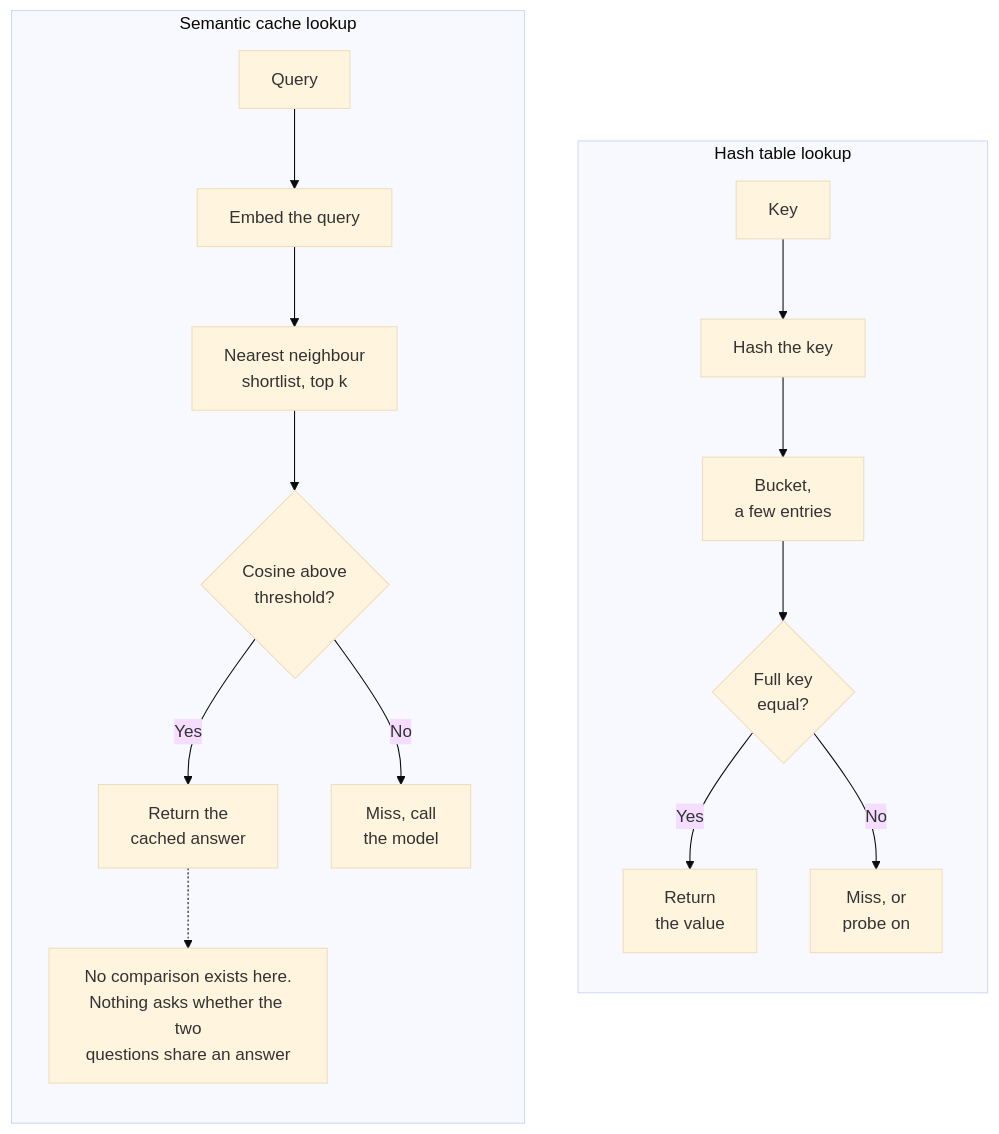
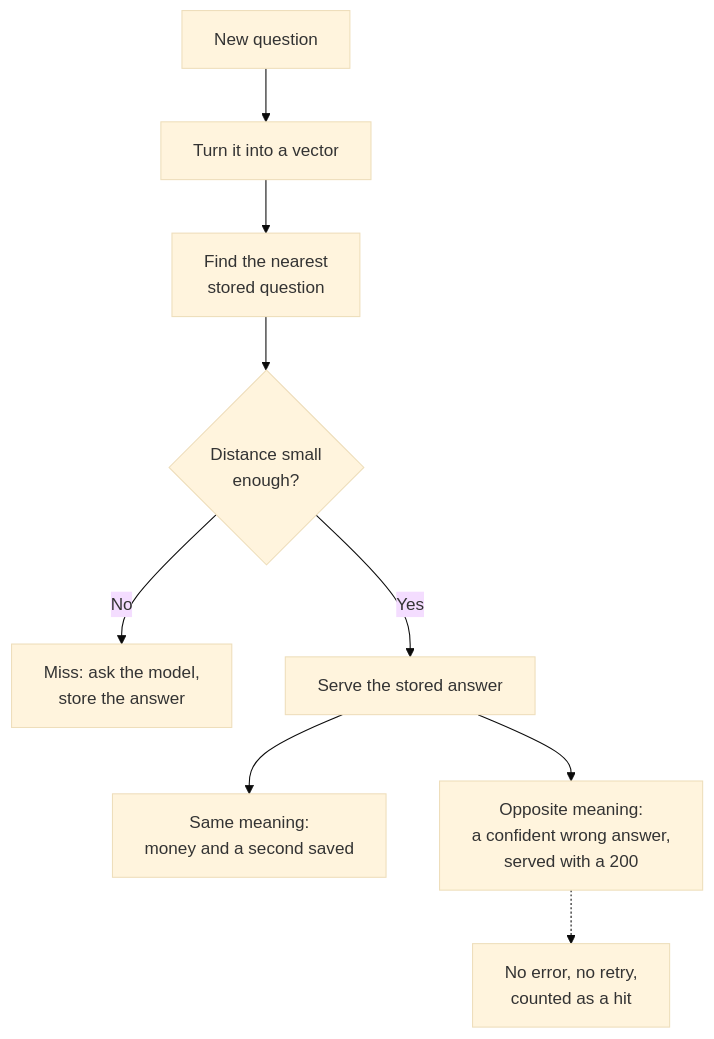
Before and after one commit to shivendrasoni/portfolio: the first of 2 diagrams in content/blog/semantic-cache-missing-equality-check.md, drawn with Mermaid (base theme). The commit also changed other lines of this file and 9 other files, not shown here.

First line of the commit message:
content: rewrite the semantic cache post in a plain register

````diff
--- a/content/blog/semantic-cache-missing-equality-check.md
+++ b/content/blog/semantic-cache-missing-equality-check.md
@@ -25,20 +27,11 @@
-```mermaid Both lookups narrow the search the same way. Only the left one verifies before it returns, and the dotted box is the step no semantic cache implements, including the one I wrote in 2024. A hash collision in a dictionary is caught by the comparison; a near neighbour in a semantic cache is served.
-flowchart TB
-  subgraph HT["Hash table lookup"]
-    direction TB
-    K["Key"] --> H["Hash the key"]
-    H --> B["Bucket,<br/>a few entries"]
-    B --> C{"Full key<br/>equal?"}
-    C -->|"Yes"| V["Return<br/>the value"]
-    C -->|"No"| M1["Miss, or<br/>probe on"]
-  end
-  subgraph SC["Semantic cache lookup"]
-    direction TB
-    Q["Query"] --> E["Embed the query"]
-    E --> A["Nearest neighbour<br/>shortlist, top k"]
-    A --> T{"Cosine above<br/>threshold?"}
-    T -->|"Yes"| V2["Return the<br/>cached answer"]
-    T -->|"No"| M2["Miss, call<br/>the model"]
-    V2 -.-> X["No comparison exists here.<br/>Nothing asks whether the two<br/>questions share an answer"]
-  end
+```mermaid Where a wrong answer leaves the building. Every edge on this path is a success path, so the branch on the right is never retried, never logged as an error and never counted anywhere except as a hit. The only detector is a person downstream who notices the answer does not fit the question.
+flowchart TD
+  Q["New question"] --> E["Turn it into a vector"]
+  E --> A["Find the nearest<br/>stored question"]
+  A --> T{"Distance small<br/>enough?"}
+  T -->|"No"| M["Miss: ask the model,<br/>store the answer"]
+  T -->|"Yes"| S["Serve the stored answer"]
+  S --> R1["Same meaning:<br/>money and a second saved"]
+  S --> R2["Opposite meaning:<br/>a confident wrong answer,<br/>served with a 200"]
+  R2 -.-> N["No error, no retry,<br/>counted as a hit"]
 ```
````
